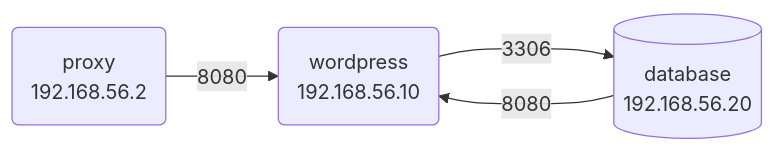
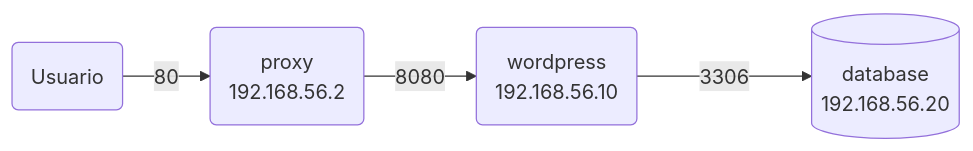
The first of 2 diagrams in README.md (cppmx/wordpress_chef), drawn with Mermaid before and after one commit. The commit also changed other lines of this file, not shown here.

Commit message:
:book: Se agrega el badge del build

````diff
--- a/README.md
+++ b/README.md
@@ -25,8 +27,7 @@
 ```mermaid
 graph LR;
-    A("proxy
-    192.168.56.2") --> |8080| B("wordpress
-  192.168.56.10") ---> |3306| C[("database
+    A("Usuario") --> |80| B("proxy
+    192.168.56.2") --> |8080| C("wordpress
+  192.168.56.10") ---> |3306| D[("database
   192.168.56.20")]
-    C ---> |8080| B
 ```
````
